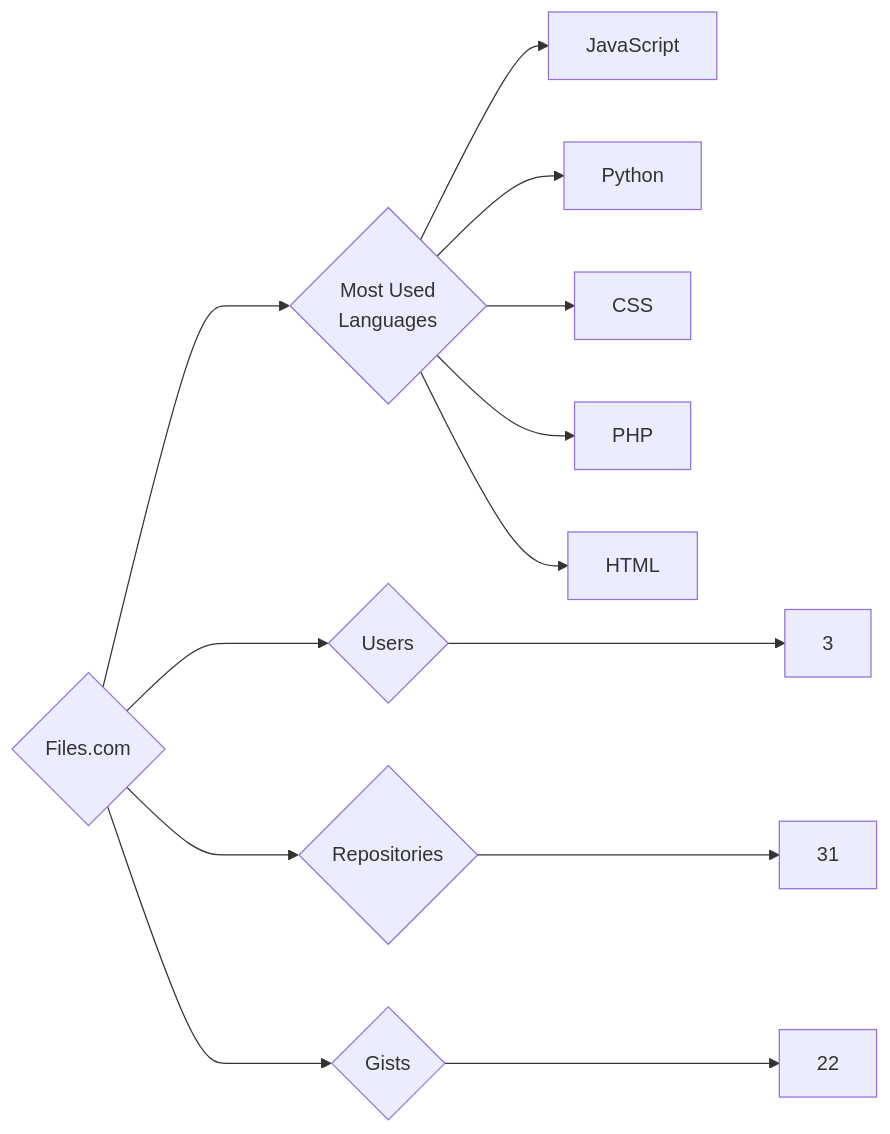
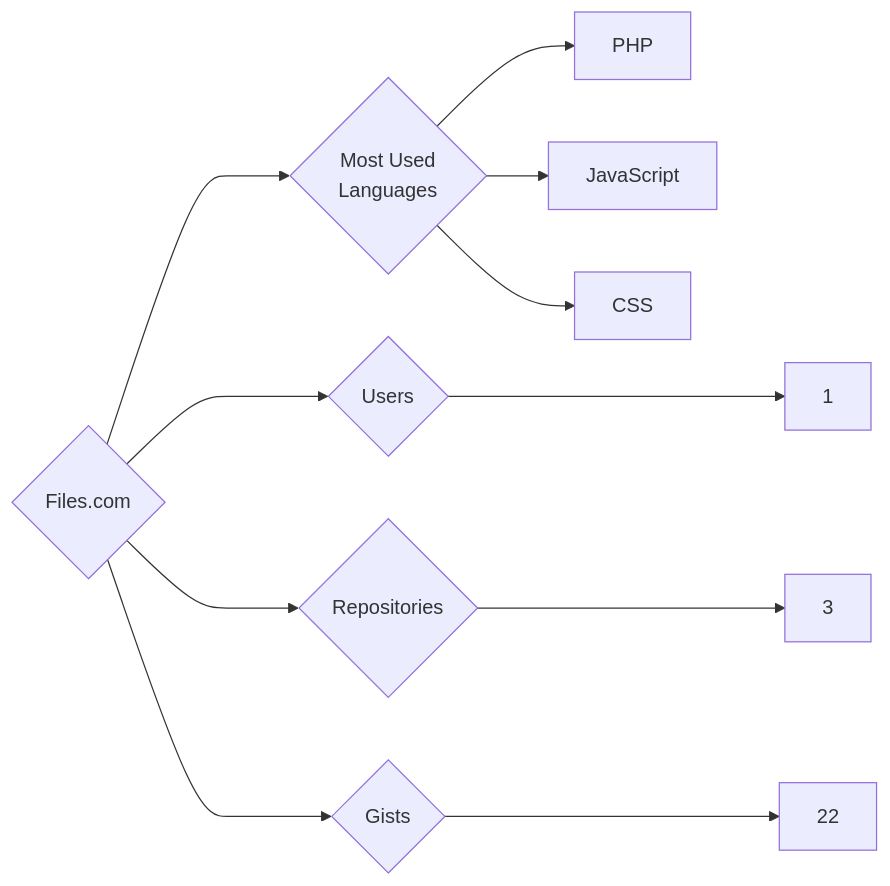
Before and after one commit to trickest/insiders: the diagram in targets/Files.com/README.md, drawn with Mermaid. The commit also changed 927 other files, not shown here.

````diff
--- a/targets/Files.com/README.md
+++ b/targets/Files.com/README.md
@@ -3,13 +3,11 @@
 ```mermaid
 graph LR
 COMPANY_NAME{Files.com}
-COMPANY_NAME ---> U{Users} ---> UN[3]
-COMPANY_NAME ---> R{Repositories} ---> RN[31]
+COMPANY_NAME ---> U{Users} ---> UN[1]
+COMPANY_NAME ---> R{Repositories} ---> RN[3]
 COMPANY_NAME ---> G{Gists} ---> GN[22]
 COMPANY_NAME ---> ML{Most Used<br>Languages}
+ML --> PHP[PHP]
 ML --> JavaScript[JavaScript]
-ML --> Python[Python]
 ML --> CSS[CSS]
-ML --> PHP[PHP]
-ML --> HTML[HTML]
 ```
````
